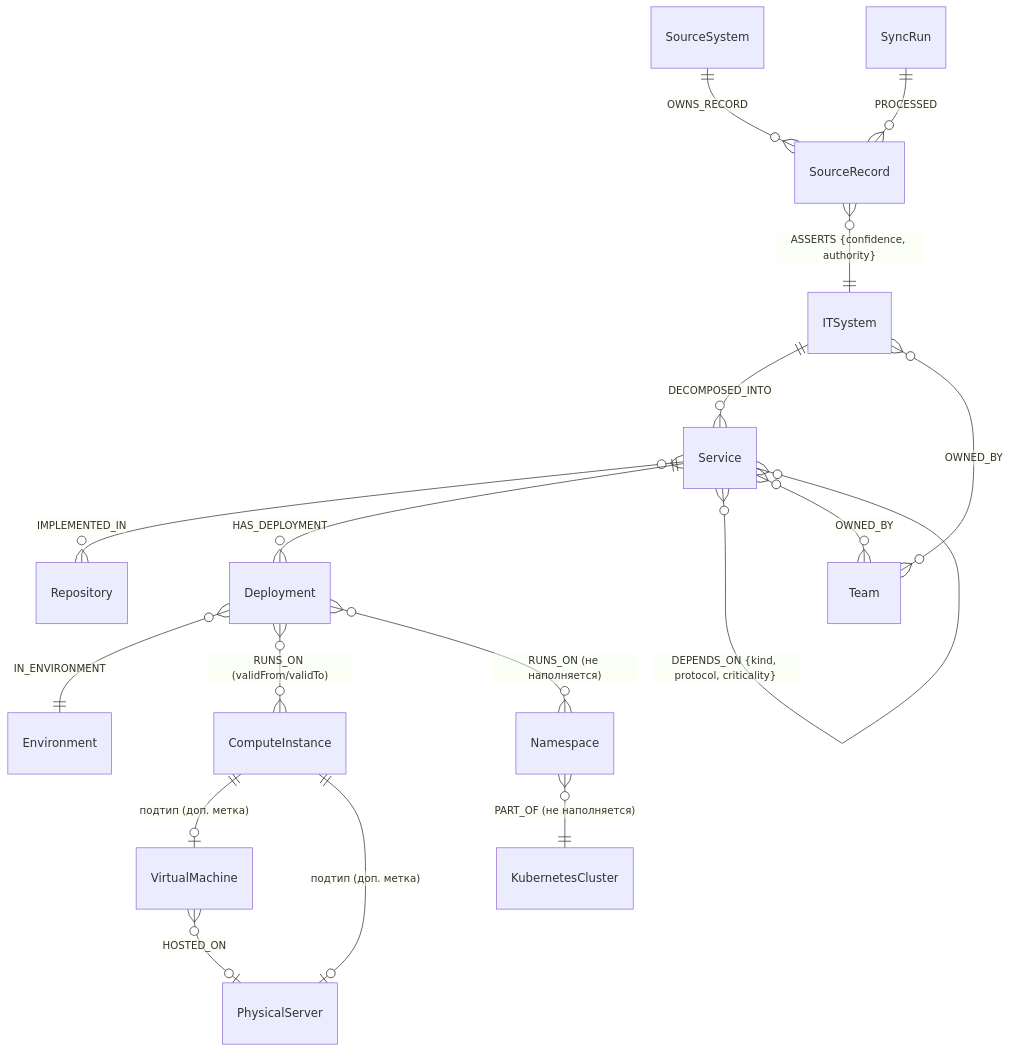
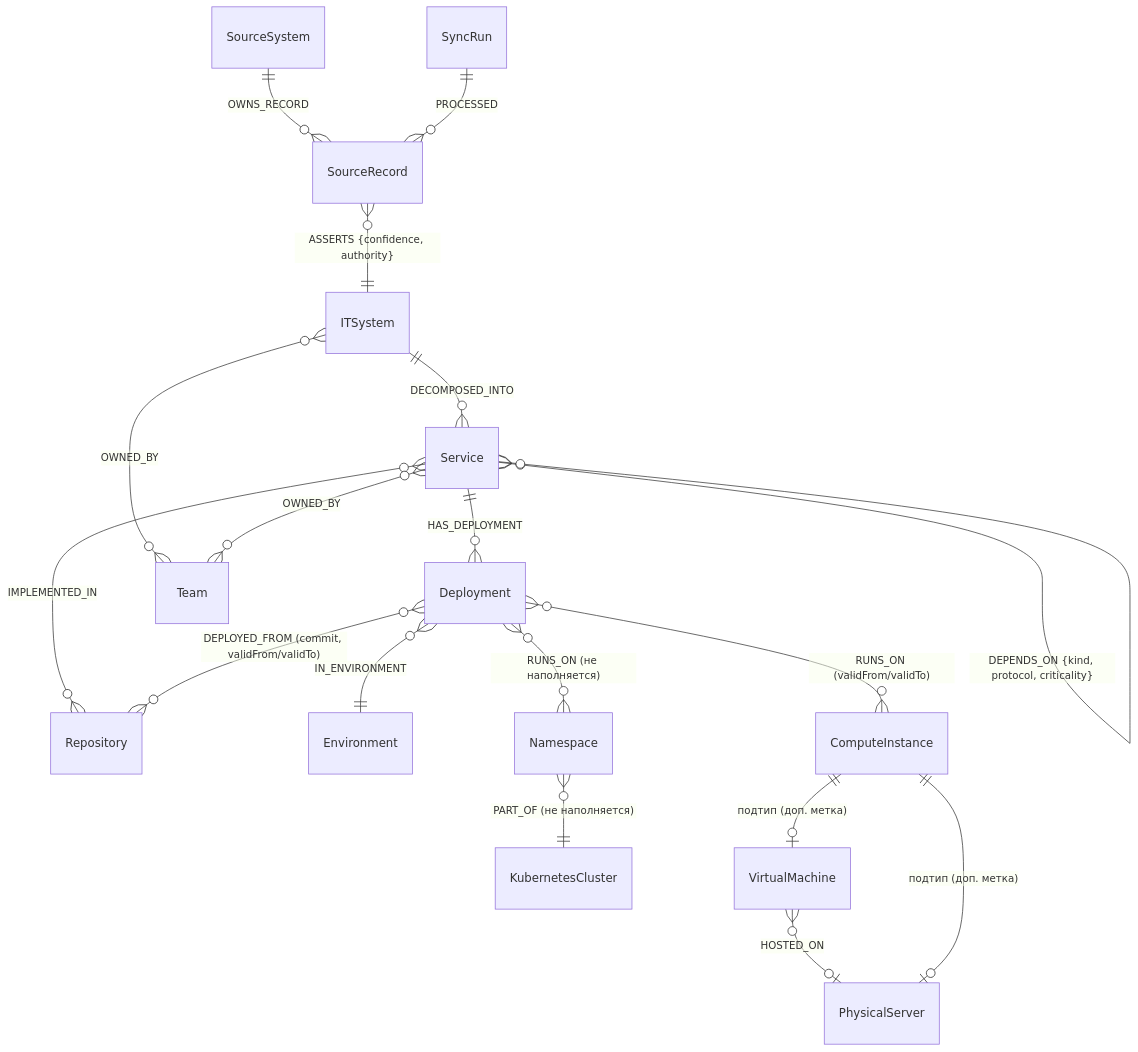
One commit to Unlocker/architecture-rag changed the second of 3 diagrams in docs/02-data-model.md. Above: the diagram before and after it, drawn with Mermaid. The commit also changed other lines of this file and 5 other files, not shown here.

````diff
--- a/docs/02-data-model.md
+++ b/docs/02-data-model.md
@@ -103,19 +106,20 @@
 ```mermaid
 erDiagram
     ITSystem ||--o{ Service : DECOMPOSED_INTO
     Service }o--o{ Repository : IMPLEMENTED_IN
     Service ||--o{ Deployment : HAS_DEPLOYMENT
     Deployment }o--|| Environment : IN_ENVIRONMENT
+    Deployment }o--o{ Repository : "DEPLOYED_FROM (commit, validFrom/validTo)"
     Deployment }o--o{ ComputeInstance : "RUNS_ON (validFrom/validTo)"
     Deployment }o--o{ Namespace : "RUNS_ON (не наполняется)"
     Namespace }o--|| KubernetesCluster : "PART_OF (не наполняется)"
     VirtualMachine }o--o| PhysicalServer : HOSTED_ON
     Service }o--o{ Service : "DEPENDS_ON {kind, protocol, criticality}"
     ITSystem }o--o{ Team : OWNED_BY
     Service }o--o{ Team : OWNED_BY
     ComputeInstance ||--o| VirtualMachine : "подтип (доп. метка)"
     ComputeInstance ||--o| PhysicalServer : "подтип (доп. метка)"
     SourceSystem ||--o{ SourceRecord : OWNS_RECORD
     SourceRecord }o--|| ITSystem : "ASSERTS {confidence, authority}"
     SyncRun ||--o{ SourceRecord : PROCESSED
 ```
````
